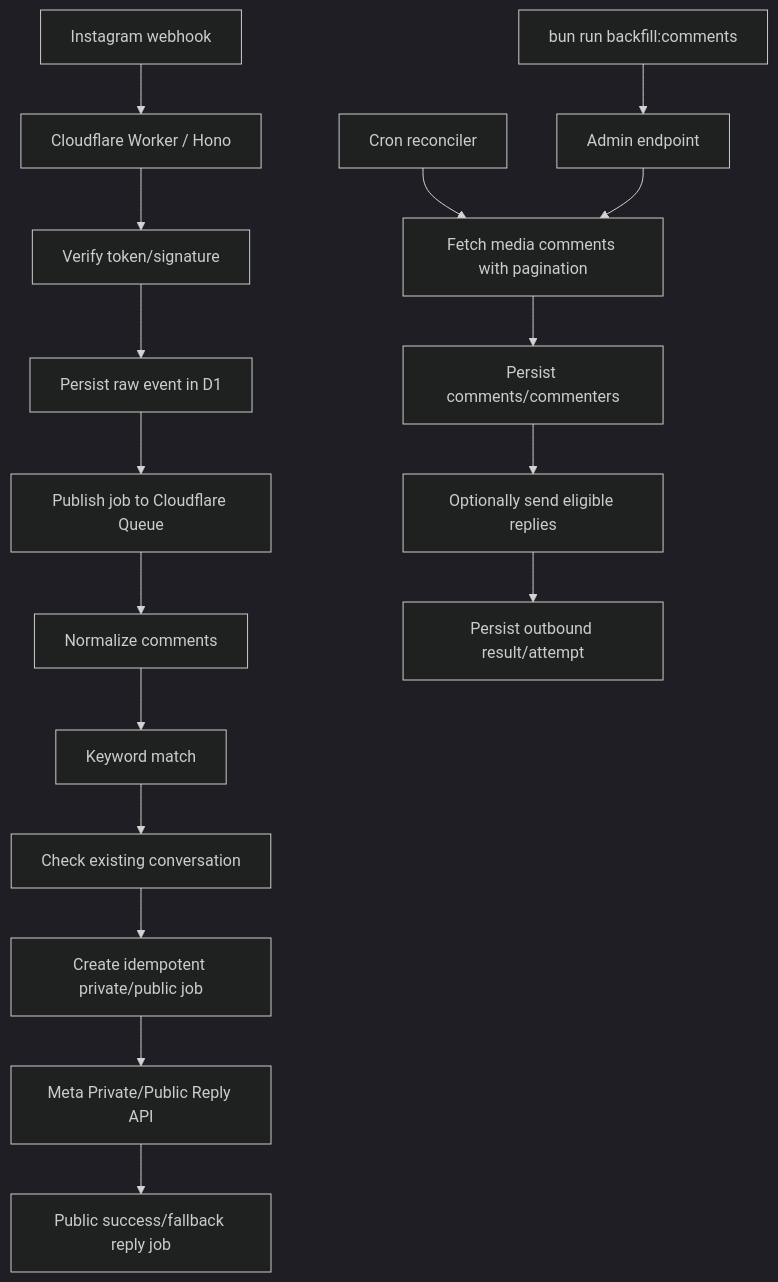
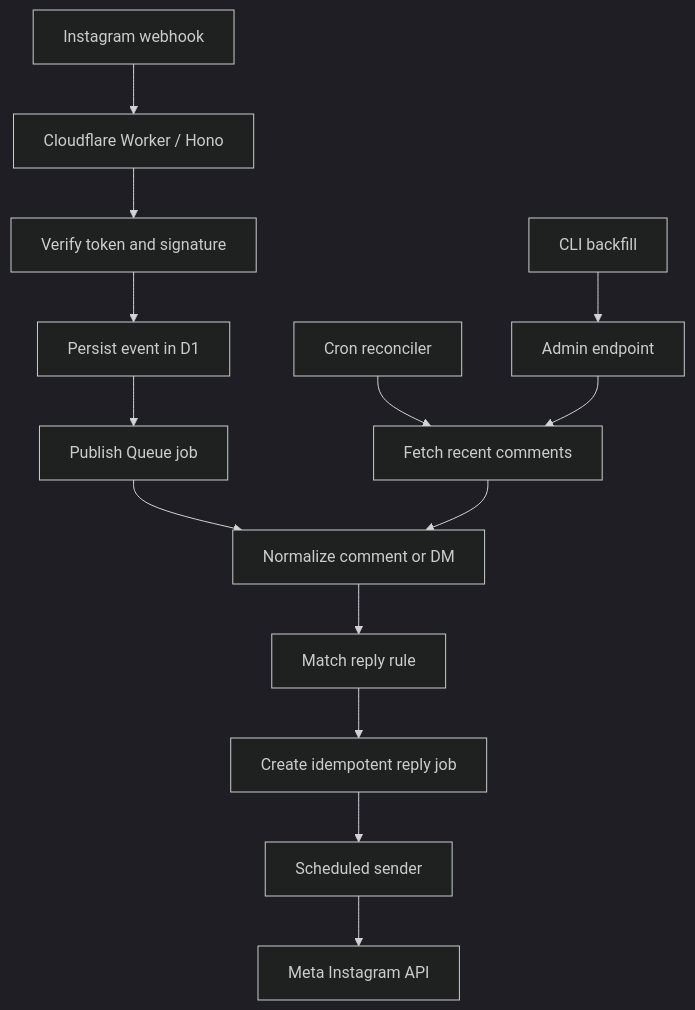
Before and after one commit to di-sukharev/ig_bot: the diagram in README.md, drawn with Mermaid (dark theme). The commit also changed other lines of this file, not shown here.

Commit message:
Rewrite README for public usage

````diff
--- a/README.md
+++ b/README.md
@@ -103,19 +26,16 @@
 ```mermaid
 flowchart TD
   A["Instagram webhook"] --> B["Cloudflare Worker / Hono"]
-  B --> C["Verify token/signature"]
-  C --> D["Persist raw event in D1"]
-  D --> E["Publish job to Cloudflare Queue"]
-  E --> F["Normalize comments"]
-  F --> G["Keyword match"]
-  G --> H["Check existing conversation"]
-  H --> I["Create idempotent private/public job"]
-  I --> J["Meta Private/Public Reply API"]
-  J --> Q["Public success/fallback reply job"]
-  R["Cron reconciler"] --> M
-  K["bun run backfill:comments"] --> L["Admin endpoint"]
-  L --> M["Fetch media comments with pagination"]
-  M --> N["Persist comments/commenters"]
-  N --> O["Optionally send eligible replies"]
-  O --> P["Persist outbound result/attempt"]
+  B --> C["Verify token and signature"]
+  C --> D["Persist event in D1"]
+  D --> E["Publish Queue job"]
+  E --> F["Normalize comment or DM"]
+  F --> G["Match reply rule"]
+  G --> H["Create idempotent reply job"]
+  H --> I["Scheduled sender"]
+  I --> J["Meta Instagram API"]
+  K["Cron reconciler"] --> L["Fetch recent comments"]
+  L --> F
+  M["CLI backfill"] --> N["Admin endpoint"]
+  N --> L
 ```
````
